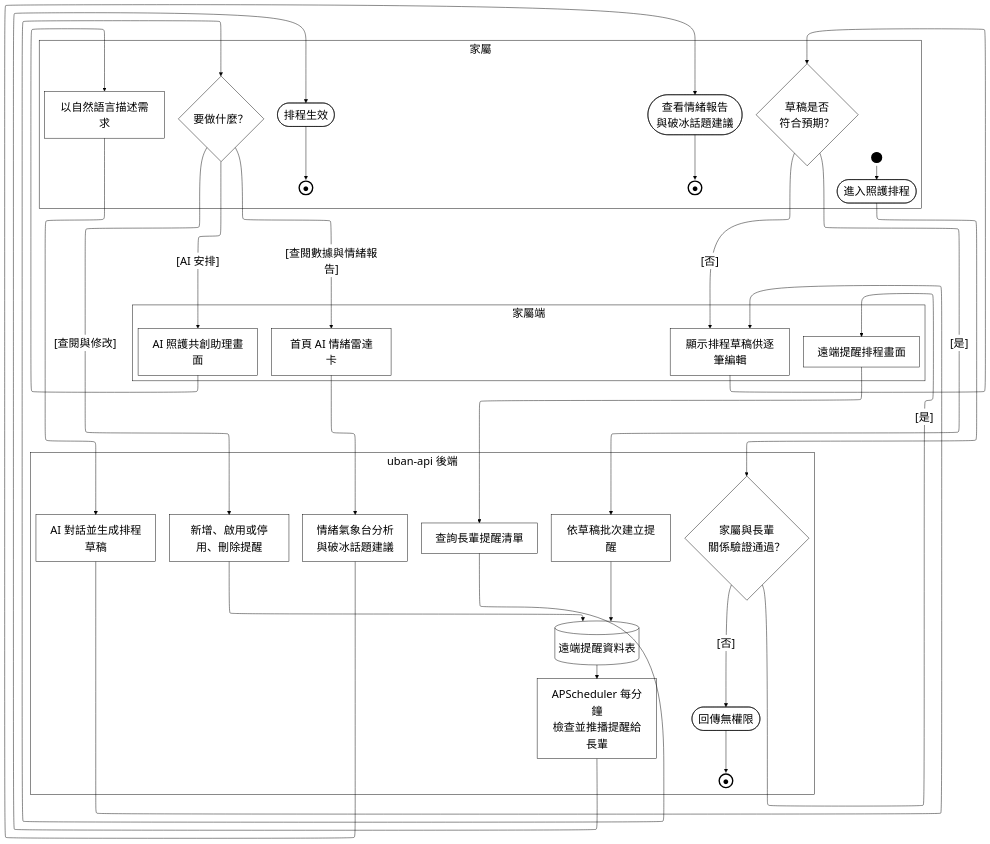
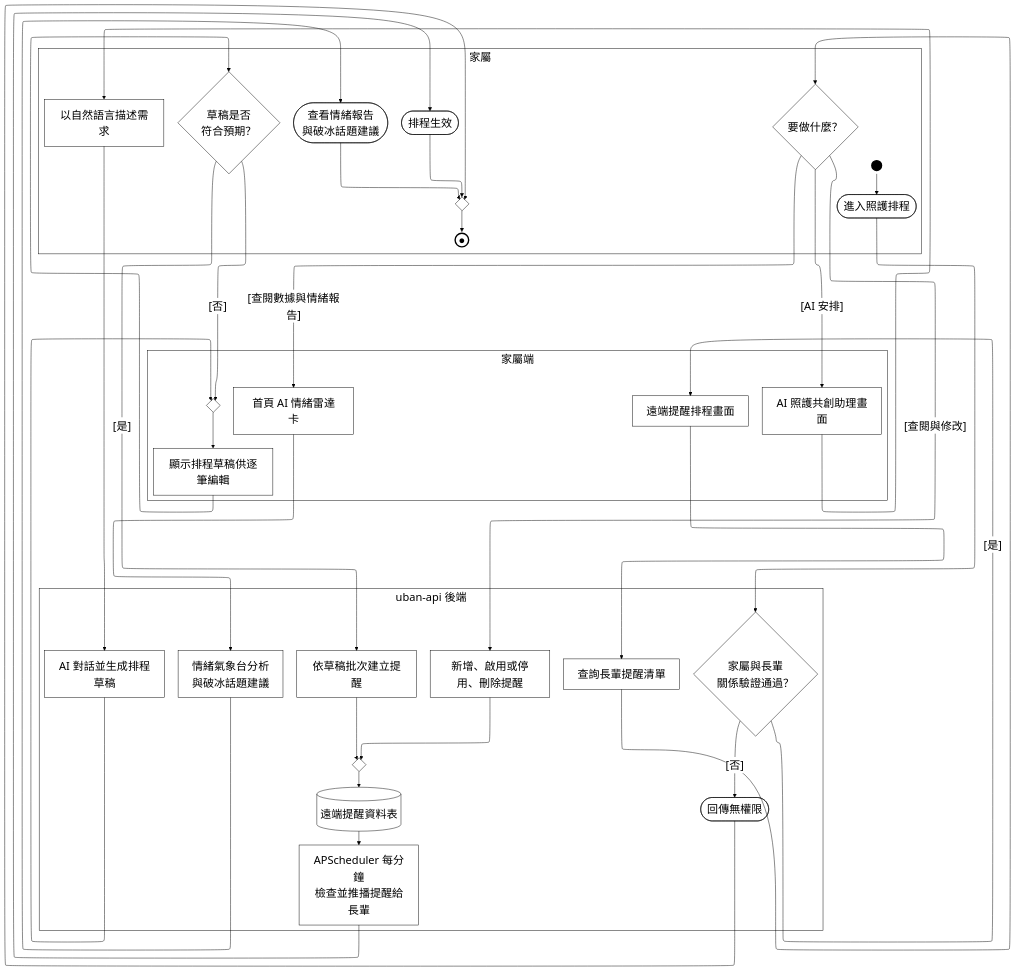
The diagram in Uban System Documents/mermaid原始碼/A14-照護排程管理.mmd (HuangYu-Kai/Uban), drawn with Mermaid before and after one commit. The commit also changed 226 other files, not shown here.

Commit message:
Complete system manual with updated diagrams, formatting, and natural language

```diff
--- a/Uban System Documents/mermaid原始碼/A14-照護排程管理.mmd
+++ b/Uban System Documents/mermaid原始碼/A14-照護排程管理.mmd
@@ -1,67 +1,70 @@
 %%{init:{"layout":"elk","elk":{"mergeEdges":false,"nodePlacementStrategy":"NETWORK_SIMPLEX"},"flowchart":{"htmlLabels":true},"themeVariables":{"clusterBkg":"#FFFFFF","clusterBorder":"#000000","edgeLabelBackground":"#FFFFFF","textColor":"#000000","nodeTextColor":"#000000","titleColor":"#000000","lineColor":"#000000","fontSize":"24px"}}}%%
 flowchart TD
+  %% 鎖住泳道順序：ELK 不照宣告順序排，沒有這條鏈後端會跑到最上面
   subgraph ROLE["家屬"]
     PAD_ROLE["&nbsp;&nbsp;&nbsp;&nbsp;&nbsp;&nbsp;&nbsp;&nbsp;&nbsp;&nbsp;&nbsp;&nbsp;&nbsp;&nbsp;&nbsp;&nbsp;&nbsp;&nbsp;&nbsp;&nbsp;&nbsp;&nbsp;&nbsp;&nbsp;&nbsp;&nbsp;&nbsp;&nbsp;&nbsp;&nbsp;&nbsp;&nbsp;&nbsp;&nbsp;&nbsp;&nbsp;&nbsp;&nbsp;&nbsp;&nbsp;&nbsp;&nbsp;&nbsp;&nbsp;&nbsp;&nbsp;&nbsp;&nbsp;&nbsp;&nbsp;&nbsp;&nbsp;&nbsp;&nbsp;&nbsp;&nbsp;&nbsp;&nbsp;&nbsp;&nbsp;&nbsp;&nbsp;&nbsp;&nbsp;&nbsp;&nbsp;&nbsp;&nbsp;&nbsp;&nbsp;&nbsp;&nbsp;&nbsp;&nbsp;&nbsp;&nbsp;&nbsp;&nbsp;&nbsp;&nbsp;&nbsp;&nbsp;&nbsp;&nbsp;&nbsp;&nbsp;&nbsp;&nbsp;&nbsp;&nbsp;"]:::pad
     ST_S1(("&nbsp;")):::term
     S1([進入照護排程]):::act
     S2{"要做什麼？"}:::dec
     S3["以自然語言描述需求"]:::act
     S4{"草稿是否<br/>符合預期？"}:::dec
     S5(["排程生效"]):::act
-    EN_S5(("●")):::endterm
     S6(["查看情緒報告<br/>與破冰話題建議"]):::act
-    EN_S6(("●")):::endterm
+    M_END{" "}:::dec
+    EN_ALL(("●")):::endterm
   end
   subgraph FE["家屬端"]
     PAD_FE["&nbsp;&nbsp;&nbsp;&nbsp;&nbsp;&nbsp;&nbsp;&nbsp;&nbsp;&nbsp;&nbsp;&nbsp;&nbsp;&nbsp;&nbsp;&nbsp;&nbsp;&nbsp;&nbsp;&nbsp;&nbsp;&nbsp;&nbsp;&nbsp;&nbsp;&nbsp;&nbsp;&nbsp;&nbsp;&nbsp;&nbsp;&nbsp;&nbsp;&nbsp;&nbsp;&nbsp;&nbsp;&nbsp;&nbsp;&nbsp;&nbsp;&nbsp;&nbsp;&nbsp;&nbsp;&nbsp;&nbsp;&nbsp;&nbsp;&nbsp;&nbsp;&nbsp;&nbsp;&nbsp;&nbsp;&nbsp;&nbsp;&nbsp;&nbsp;&nbsp;&nbsp;&nbsp;&nbsp;&nbsp;&nbsp;&nbsp;&nbsp;&nbsp;&nbsp;&nbsp;&nbsp;&nbsp;&nbsp;&nbsp;&nbsp;&nbsp;&nbsp;&nbsp;"]:::pad
     A1["遠端提醒排程畫面"]:::act
     A2["AI 照護共創助理畫面"]:::act
     A3["顯示排程草稿供逐筆編輯"]:::act
     A4["首頁 AI 情緒雷達卡"]:::act
+    M_A3{" "}:::dec
   end
   subgraph BE["uban-api 後端"]
     G0{"家屬與長輩<br/>關係驗證通過？"}:::dec
     B1["查詢長輩提醒清單"]:::act
     B2["新增、啟用或停用、刪除提醒"]:::act
     B3["AI 對話並生成排程草稿"]:::act
     B4["依草稿批次建立提醒"]:::act
     B5["情緒氣象台分析<br/>與破冰話題建議"]:::act
     J1["APScheduler 每分鐘<br/>檢查並推播提醒給長輩"]:::act
     DB[("遠端提醒資料表")]:::act
     X(["回傳無權限"]):::act
-    EN_X(("●")):::endterm
+    M_DB{" "}:::dec
   end
 
   ST_S1 --> S1
   S1 --> G0
   G0 -->|"[否]"| X
   G0 -->|"[是]"| A1
   A1 --> B1
   B1 --> S2
   S2 -->|"[查閱與修改]"| B2
-  B2 --> DB
+  B2 --> M_DB
   S2 -->|"[AI 安排]"| A2
   A2 --> S3
   S3 --> B3
-  B3 --> A3
+  B3 --> M_A3
   A3 --> S4
-  S4 -->|"[否]"| A3
+  S4 -->|"[否]"| M_A3
   S4 -->|"[是]"| B4
-  B4 --> DB
+  B4 --> M_DB
   S2 -->|"[查閱數據與情緒報告]"| A4
   A4 --> B5
   B5 --> S6
   DB --> J1
   J1 --> S5
-  S5 --> EN_S5
-  S6 --> EN_S6
-  X --> EN_X
-  %% 鎖住泳道順序：ELK 不照宣告順序排，沒有這條鏈後端會跑到最上面
+  S5 --> M_END
+  S6 --> M_END
+  X --> M_END
+  M_DB --> DB
+  M_A3 --> A3
+  M_END --> EN_ALL
   ROLE ~~~ FE ~~~ BE
-
   classDef pad  fill:none,stroke:none,color:#FFFFFF
   classDef act  fill:#FFFFFF,stroke:#000000,stroke-width:1px,color:#000000
   classDef dec  fill:#FFFFFF,stroke:#000000,stroke-width:1px,color:#000000
   classDef term fill:#000000,stroke:#000000,stroke-width:3px,color:#000000
   classDef endterm fill:#FFFFFF,stroke:#000000,stroke-width:3px,color:#000000
   classDef gap  fill:#FFFFFF,stroke:#000000,stroke-width:1px,color:#000000,stroke-dasharray:4 3
```
